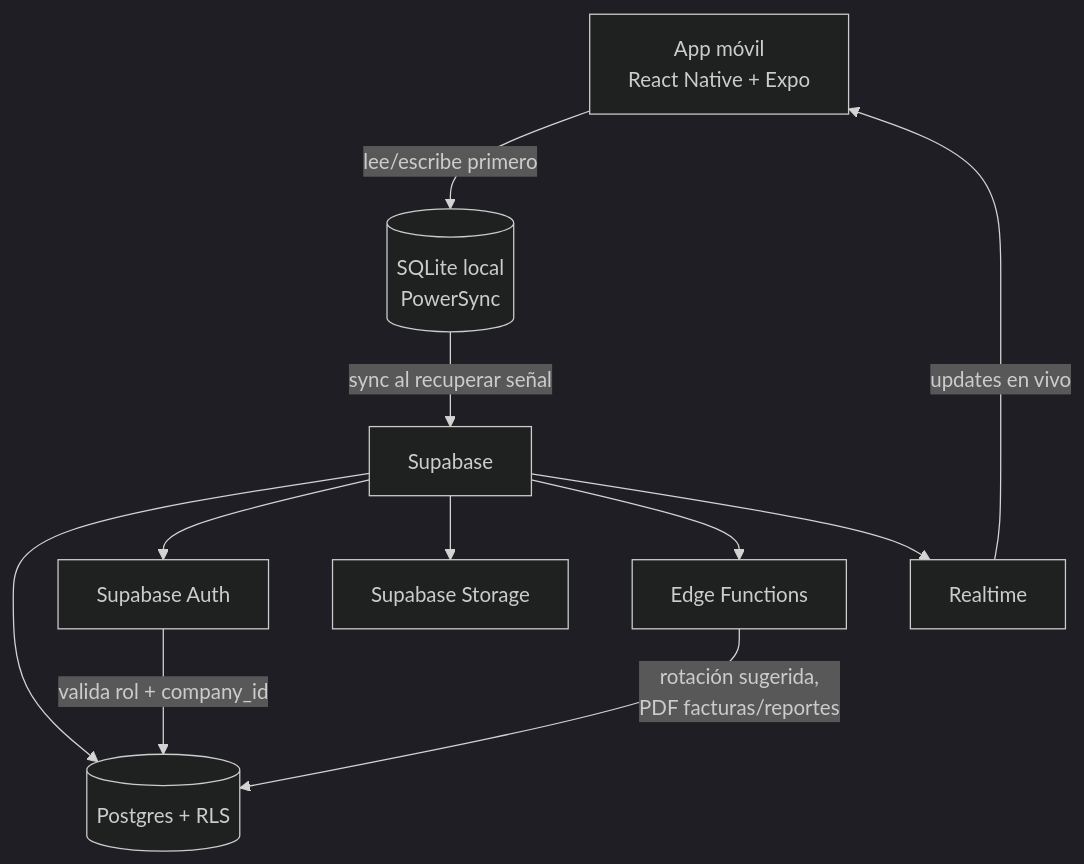
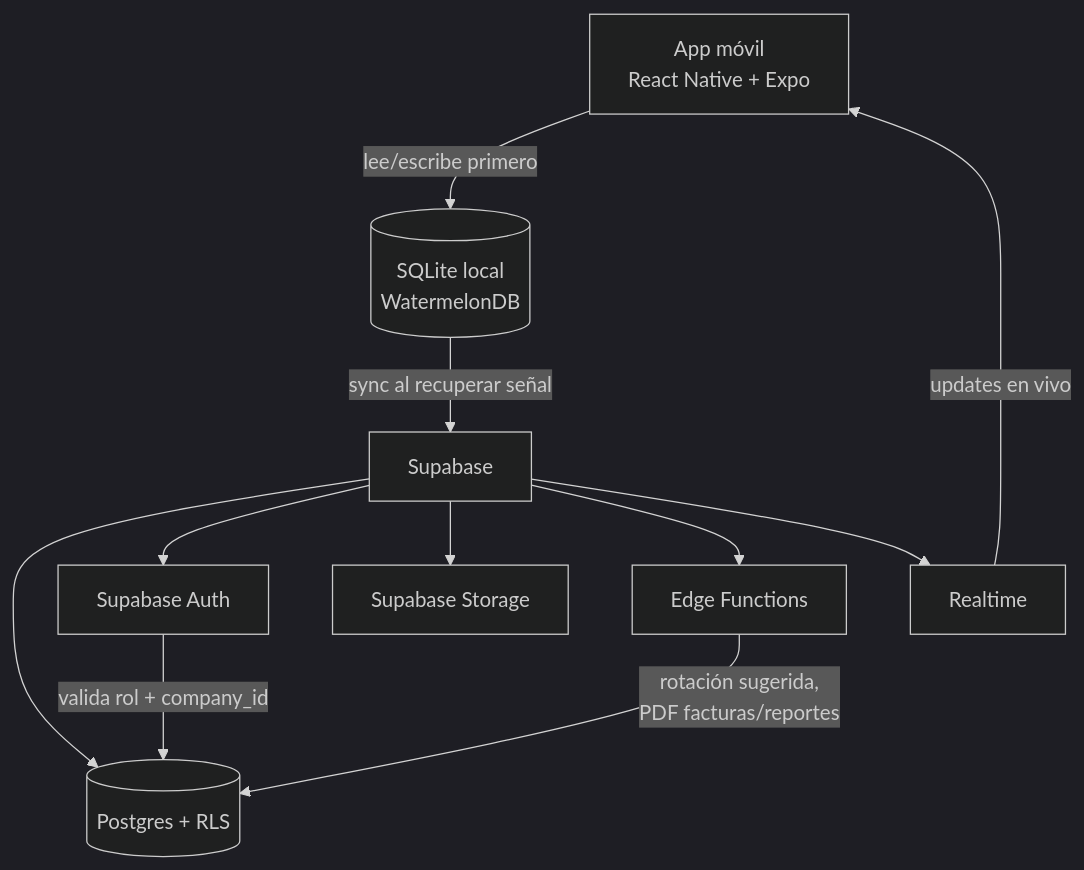
The diagram in agteamos/architecture/PROJECT_CONTEXT.md (oclaw74-lang/ZarpeIslands), drawn with Mermaid (dark theme) before and after one commit. The commit also changed other lines of this file and 275 other files, not shown here.

````diff
--- a/agteamos/architecture/PROJECT_CONTEXT.md
+++ b/agteamos/architecture/PROJECT_CONTEXT.md
@@ -12,13 +12,13 @@
 ```mermaid
 flowchart TD
-    A[App móvil<br/>React Native + Expo] -->|lee/escribe primero| B[(SQLite local<br/>PowerSync)]
+    A[App móvil<br/>React Native + Expo] -->|lee/escribe primero| B[(SQLite local<br/>WatermelonDB)]
     B -->|sync al recuperar señal| C[Supabase]
     C --> D[(Postgres + RLS)]
     C --> E[Supabase Auth]
     C --> F[Supabase Storage]
     C --> G[Edge Functions]
     C --> H[Realtime]
     G -->|rotación sugerida,<br/>PDF facturas/reportes| D
     E -->|valida rol + company_id| D
     H -->|updates en vivo| A
 ```
````
